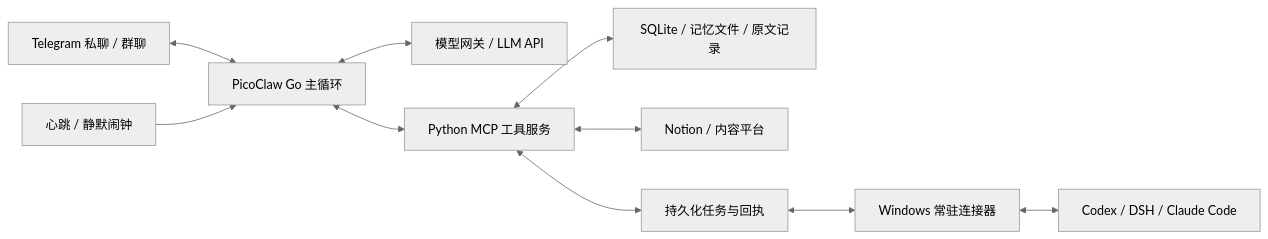
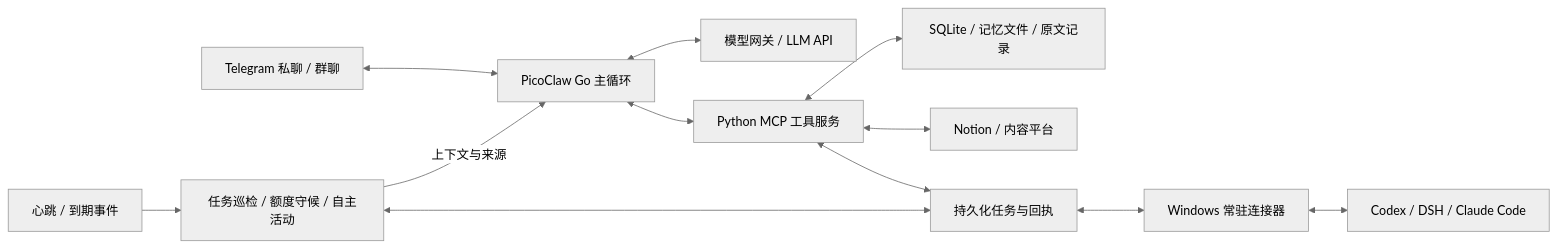
One commit to laofeng-a/fatfish changed the diagram in README.md. Above: the diagram before and after it, drawn with Mermaid (neutral theme). The commit also changed other lines of this file and 2 other files, not shown here.

````diff
--- a/README.md
+++ b/README.md
@@ -11,12 +11,14 @@
 ```mermaid
 flowchart LR
     Telegram[Telegram 私聊 / 群聊] <--> Gateway[PicoClaw Go 主循环]
     Gateway <--> Model[模型网关 / LLM API]
     Gateway <--> MCP[Python MCP 工具服务]
     MCP <--> Data[SQLite / 记忆文件 / 原文记录]
     MCP <--> External[Notion / 内容平台]
     MCP <--> Jobs[持久化任务与回执]
     Jobs <--> Bridge[Windows 常驻连接器]
     Bridge <--> Agents[Codex / DSH / Claude Code]
-    Timer[心跳 / 静默闹钟] --> Gateway
+    Timer[心跳 / 到期事件] --> Loops[任务巡检 / 额度守候 / 自主活动]
+    Loops <--> Jobs
+    Loops -->|上下文与来源| Gateway
 ```
````
